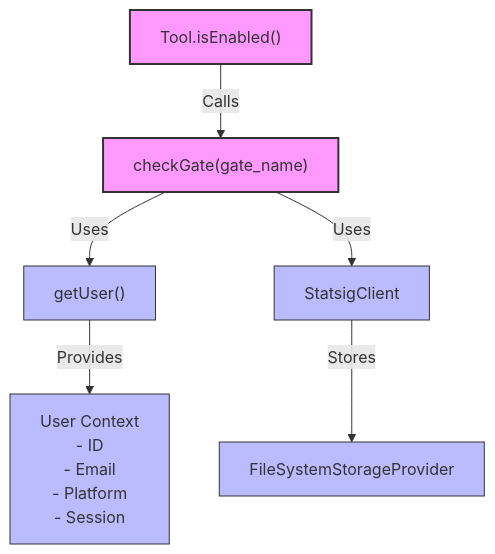
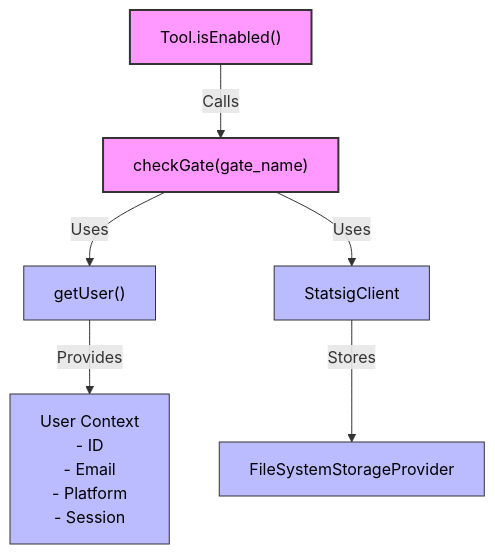
The first of 3 diagrams in src/feature-flag-integration.md (Szermer/QED), drawn with Mermaid before and after one commit. The commit also changed other lines of this file and 4 other files, not shown here.

Commit message:
style: improving readability in darkmode of some mermaid diagrams

````diff
--- a/src/feature-flag-integration.md
+++ b/src/feature-flag-integration.md
@@ -7,14 +7,14 @@
 ```mermaid
 flowchart TB
     Tool["Tool.isEnabled()"] -->|"Calls"| CheckGate["checkGate(gate_name)"]
     CheckGate -->|"Uses"| User["getUser()"]
     CheckGate -->|"Uses"| StatsigClient["StatsigClient"]
     StatsigClient -->|"Stores"| Storage["FileSystemStorageProvider"]
     User -->|"Provides"| UserContext["User Context\n- ID\n- Email\n- Platform\n- Session"]
     
-    classDef primary fill:#f9f,stroke:#333,stroke-width:2px;
-    classDef secondary fill:#bbf,stroke:#333,stroke-width:1px;
+    classDef primary fill:#f9f,stroke:#333,stroke-width:2px,color:#000000;
+    classDef secondary fill:#bbf,stroke:#333,stroke-width:1px,color:#000000;
     
     class Tool,CheckGate primary;
     class User,StatsigClient,Storage,UserContext secondary;
 ```
````
